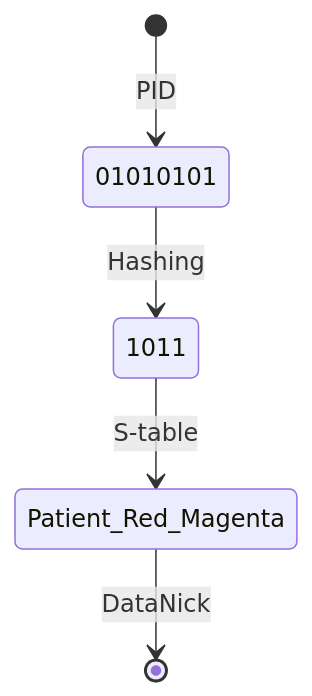
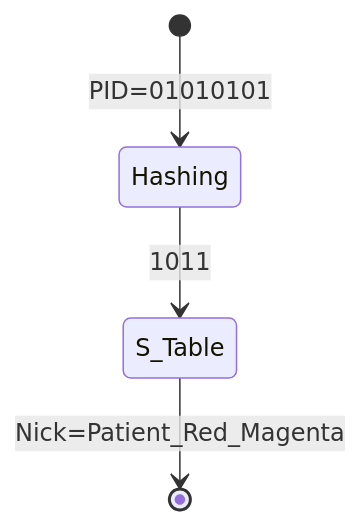
Before and after one commit to maffinyep/seranade-docs: the diagram in model/hashing/readme.md, drawn with Mermaid. The commit also changed other lines of this file and 12 other files, not shown here.

````diff
--- a/model/hashing/readme.md
+++ b/model/hashing/readme.md
@@ -19,8 +20,7 @@
 ```mermaid
 stateDiagram-v2
     %% direction LR
-    [*] --> 01010101 : PID
-    01010101 --> 1011 : Hashing
-    1011 --> Patient_Red_Magenta : S-table
-    Patient_Red_Magenta --> [*] : DataNick
+    [*] --> Hashing : PID=01010101
+    Hashing --> S_Table : 1011
+    S_Table --> [*] : Nick=Patient_Red_Magenta
 ```
````
